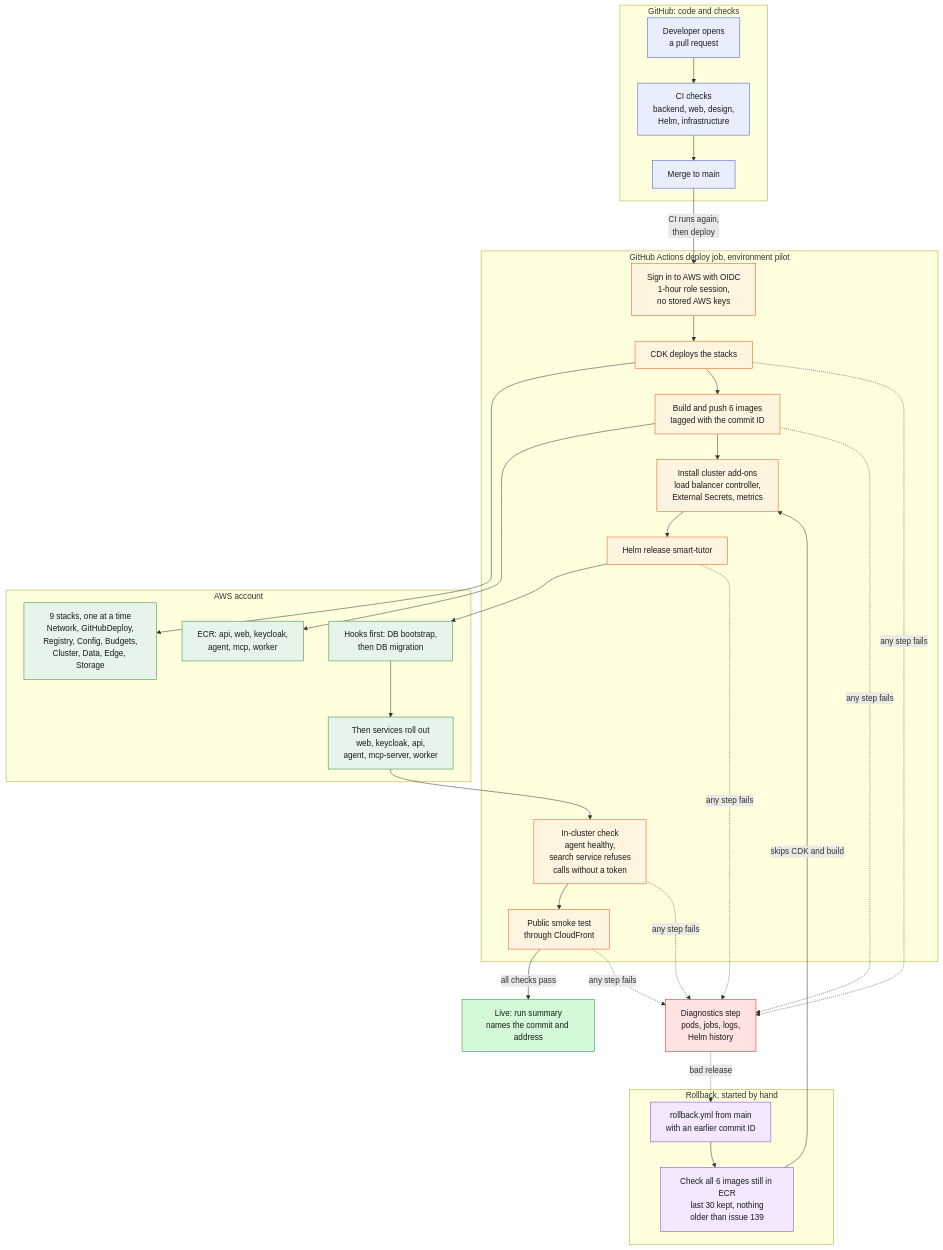
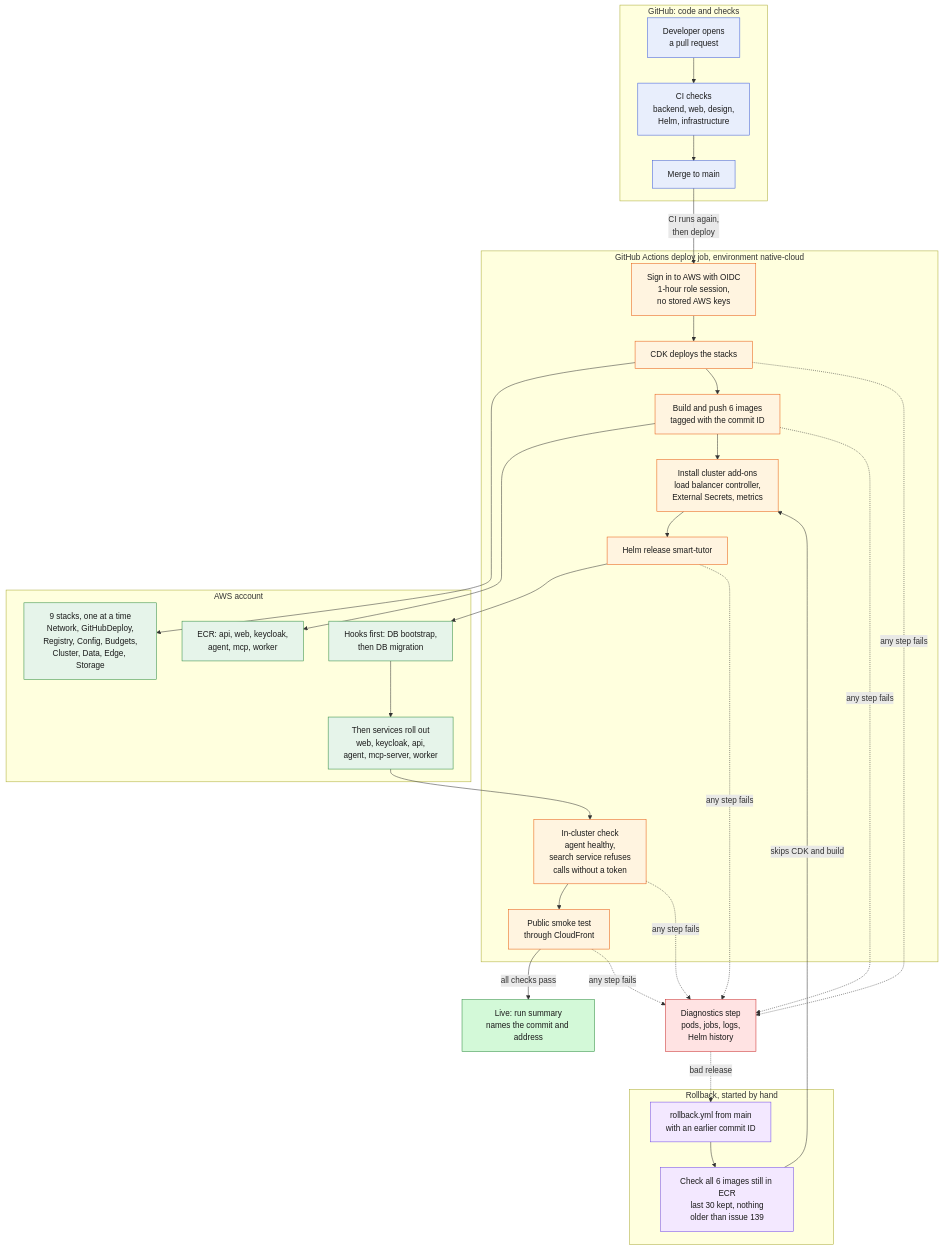
Before and after one commit to konica/agent-tutor: the fourth of 5 diagrams in docs/architecture/solution-architecture.md, drawn with Mermaid. The commit also changed other lines of this file and 4 other files, not shown here.

````diff
--- a/docs/architecture/solution-architecture.md
+++ b/docs/architecture/solution-architecture.md
@@ -213,56 +213,56 @@
 ```mermaid
 flowchart TB
   subgraph GH["GitHub: code and checks"]
     DEV["Developer opens<br/>a pull request"]
     CI["CI checks<br/>backend, web, design,<br/>Helm, infrastructure"]
     MERGE["Merge to main"]
   end
 
-  subgraph JOB["GitHub Actions deploy job, environment pilot"]
+  subgraph JOB["GitHub Actions deploy job, environment native-cloud"]
     OIDC["Sign in to AWS with OIDC<br/>1-hour role session,<br/>no stored AWS keys"]
     CDK["CDK deploys the stacks"]
     IMG["Build and push 6 images<br/>tagged with the commit ID"]
     ADDONS["Install cluster add-ons<br/>load balancer controller,<br/>External Secrets, metrics"]
     HELM["Helm release smart-tutor"]
     INCL["In-cluster check<br/>agent healthy,<br/>search service refuses<br/>calls without a token"]
     SMOKE["Public smoke test<br/>through CloudFront"]
   end
 
   subgraph AWSACC["AWS account"]
     STACKS["9 stacks, one at a time<br/>Network, GitHubDeploy,<br/>Registry, Config, Budgets,<br/>Cluster, Data, Edge, Storage"]
     ECR["ECR: api, web, keycloak,<br/>agent, mcp, worker"]
     HOOKS["Hooks first: DB bootstrap,<br/>then DB migration"]
     PODS["Then services roll out<br/>web, keycloak, api,<br/>agent, mcp-server, worker"]
   end
 
   OK["Live: run summary<br/>names the commit and address"]
   DIAG["Diagnostics step<br/>pods, jobs, logs,<br/>Helm history"]
 
   subgraph RBK["Rollback, started by hand"]
     RB["rollback.yml from main<br/>with an earlier commit ID"]
     RBCHK["Check all 6 images still in ECR<br/>last 30 kept, nothing<br/>older than issue 139"]
   end
 
   DEV --> CI --> MERGE -->|"CI runs again,<br/>then deploy"| OIDC
   OIDC --> CDK --> STACKS
   CDK --> IMG --> ECR
   IMG --> ADDONS --> HELM --> HOOKS --> PODS
   PODS --> INCL --> SMOKE
   SMOKE -->|"all checks pass"| OK
   CDK & IMG & HELM & INCL & SMOKE -.->|"any step fails"| DIAG
   DIAG -.->|"bad release"| RB
   RB --> RBCHK -->|"skips CDK and build"| ADDONS
 
   classDef gh fill:#e8eefc,stroke:#3b5bdb,color:#1b1b1b
   classDef job fill:#fff4e0,stroke:#e8590c,color:#1b1b1b
   classDef aws fill:#e6f4ea,stroke:#2b8a3e,color:#1b1b1b
   classDef good fill:#d3f9d8,stroke:#2b8a3e,color:#1b1b1b
   classDef bad fill:#ffe3e3,stroke:#c92a2a,color:#1b1b1b
   classDef rb fill:#f3e8ff,stroke:#7048e8,color:#1b1b1b
   class DEV,CI,MERGE gh
   class OIDC,CDK,IMG,ADDONS,HELM,INCL,SMOKE job
   class STACKS,ECR,HOOKS,PODS aws
   class OK good
   class DIAG bad
   class RB,RBCHK rb
 ```
````
